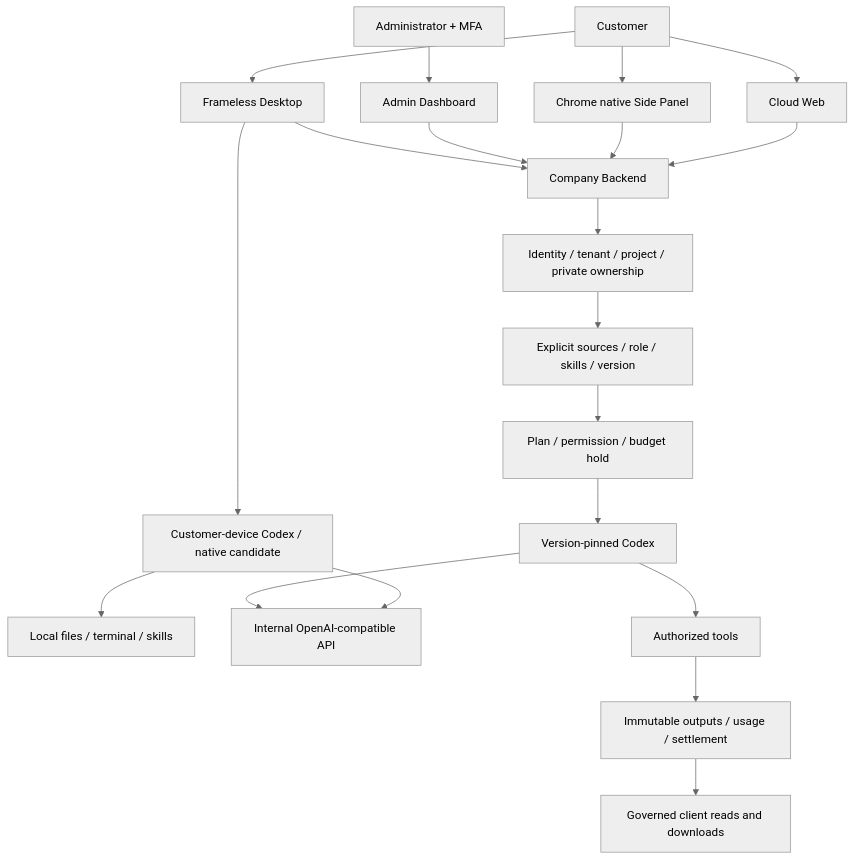
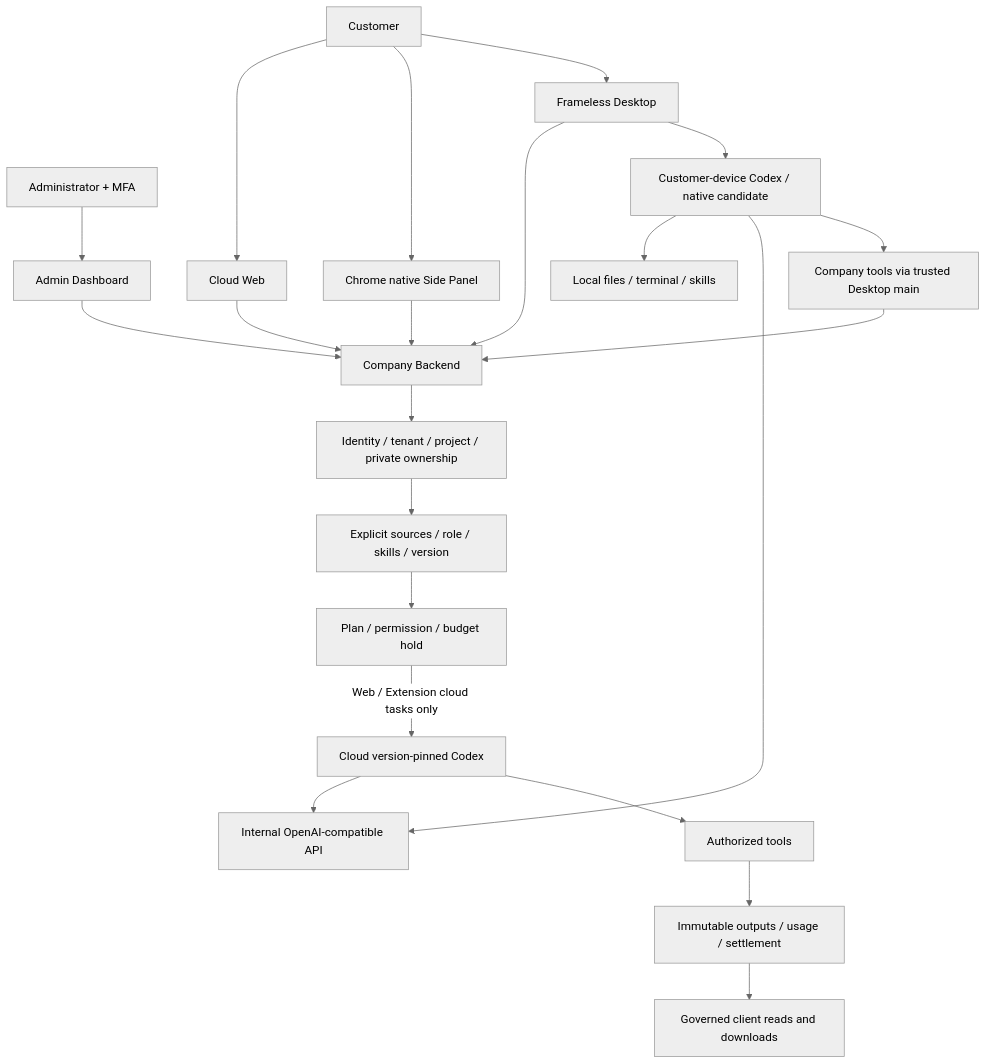
One commit to copypasteltd/workmate changed the diagram in docs/README.en.md. Above: the diagram before and after it, drawn with Mermaid (neutral theme). The commit also changed other lines of this file and 241 other files, not shown here.

Commit message:
docs: qualify local company tools and complete platform regression

````diff
--- a/docs/README.en.md
+++ b/docs/README.en.md
@@ -36,20 +36,22 @@
 ```mermaid
 flowchart TB
   User[Customer] --> Web[Cloud Web]
   User --> Side[Chrome native Side Panel]
   User --> Desktop[Frameless Desktop]
   Operator[Administrator + MFA] --> Admin[Admin Dashboard]
   Web & Side & Admin --> API[Company Backend]
   Desktop --> API
   Desktop --> LocalCodex[Customer-device Codex / native candidate]
   LocalCodex --> LocalTools[Local files / terminal / skills]
   LocalCodex --> Gateway[Internal OpenAI-compatible API]
+  LocalCodex --> MainTools[Company tools via trusted Desktop main]
+  MainTools --> API
   API --> Access[Identity / tenant / project / private ownership]
   Access --> Input[Explicit sources / role / skills / version]
   Input --> Budget[Plan / permission / budget hold]
-  Budget --> Codex[Version-pinned Codex]
+  Budget -->|Web / Extension cloud tasks only| Codex[Cloud version-pinned Codex]
   Codex --> Gateway[Internal OpenAI-compatible API]
   Codex --> Tools[Authorized tools]
   Tools --> Results[Immutable outputs / usage / settlement]
   Results --> Clients[Governed client reads and downloads]
 ```
````
